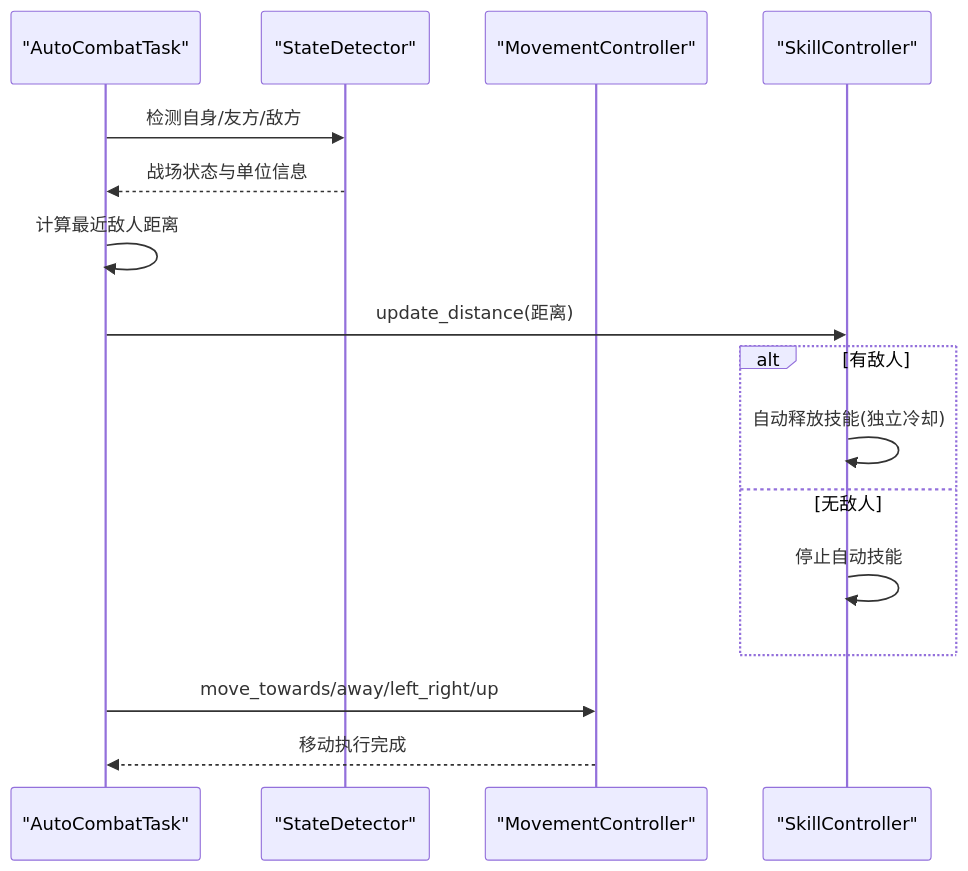
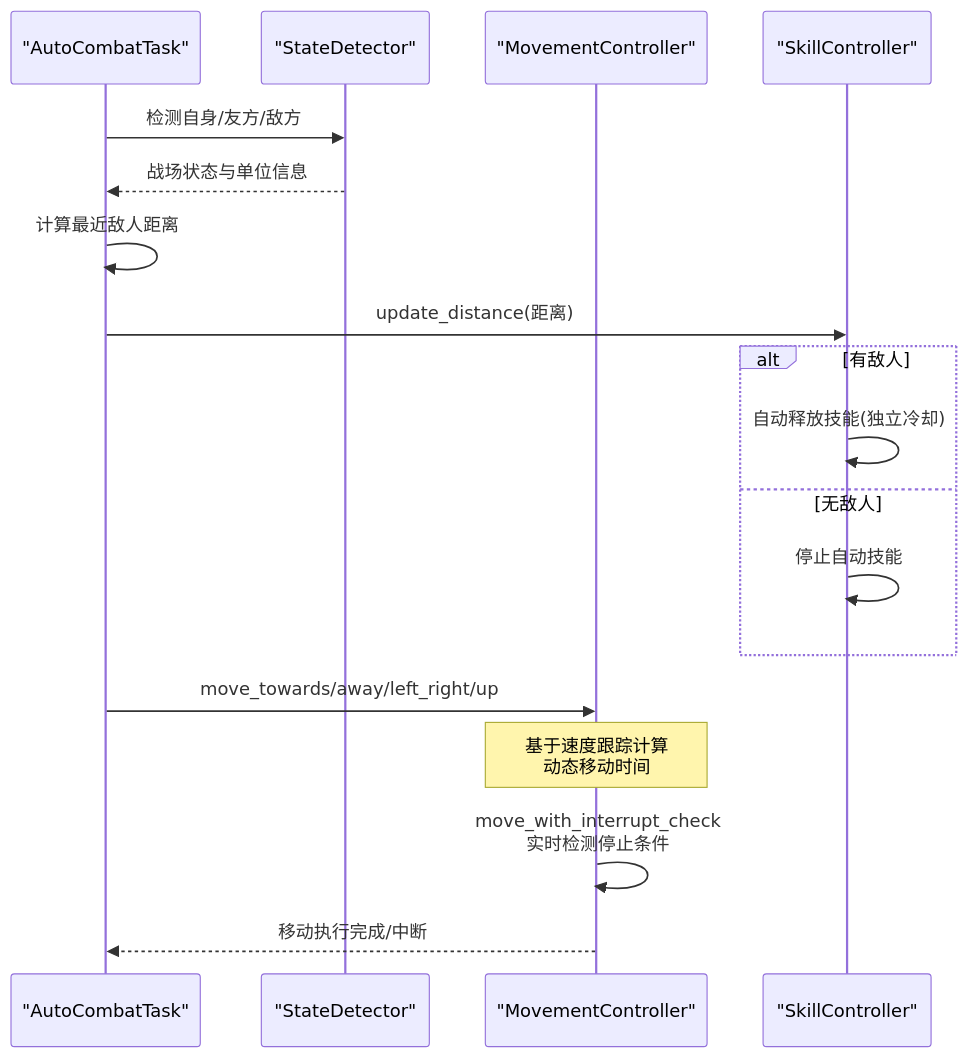
One commit to xsy098-max/ok-jump changed the second of 7 diagrams in .qoder/repowiki/zh/content/战斗系统/移动控制系统.md. Above: the diagram before and after it, drawn with Mermaid. The commit also changed other lines of this file and 21 other files, not shown here.

````diff
--- a/.qoder/repowiki/zh/content/战斗系统/移动控制系统.md
+++ b/.qoder/repowiki/zh/content/战斗系统/移动控制系统.md
@@ -116,18 +121,20 @@
 ```mermaid
 sequenceDiagram
 participant Task as "AutoCombatTask"
 participant SD as "StateDetector"
 participant MC as "MovementController"
 participant SC as "SkillController"
 Task->>SD : 检测自身/友方/敌方
 SD-->>Task : 战场状态与单位信息
 Task->>Task : 计算最近敌人距离
 Task->>SC : update_distance(距离)
 alt 有敌人
 SC->>SC : 自动释放技能(独立冷却)
 else 无敌人
 SC->>SC : 停止自动技能
 end
 Task->>MC : move_towards/away/left_right/up
-MC-->>Task : 移动执行完成
+Note over MC : 基于速度跟踪计算<br/>动态移动时间
+MC->>MC : move_with_interrupt_check<br/>实时检测停止条件
+MC-->>Task : 移动执行完成/中断
 ```
````
